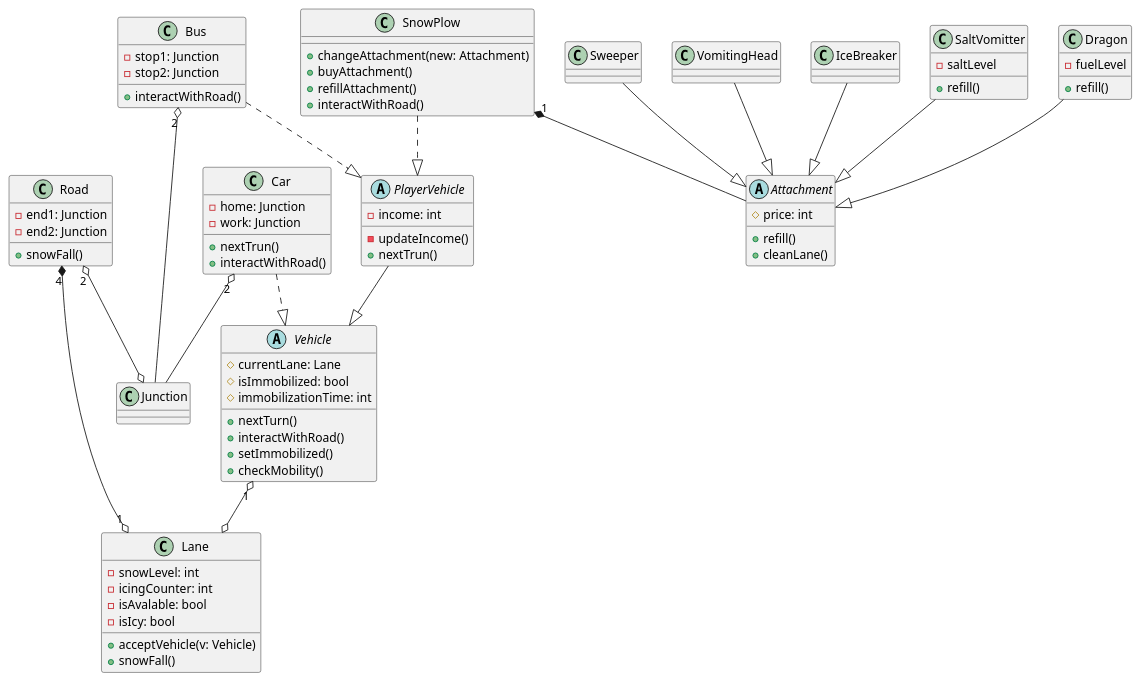
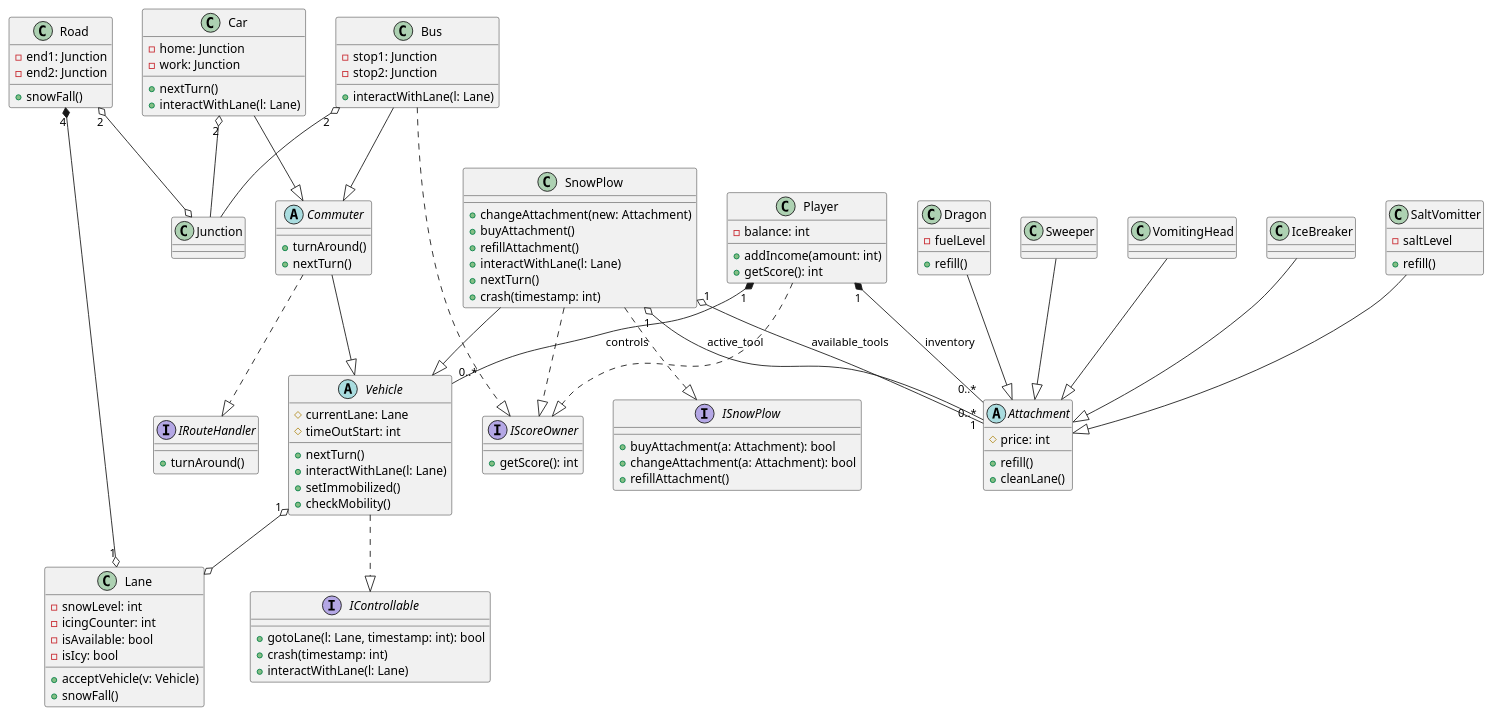
One commit to toth-andor/UneNotteANapoli changed the diagram in docs/04/diagrams/class-diagram.puml. Above: the diagram before and after it, drawn with PlantUML. The commit also changed other lines of this file, not shown here.

Commit message:
Nézz rá Bandi ha valami nem tetszik mond

```diff
--- a/docs/04/diagrams/class-diagram.puml
+++ b/docs/04/diagrams/class-diagram.puml
@@ -1,108 +1,108 @@
 @startuml class-diagram
-
-
 abstract Vehicle {
   # currentLane: Lane
-  # isImmobilized: bool
-  # immobilizationTime: int
-
+  # timeOutStart: int
   + nextTurn()
-  + interactWithRoad()
+  + interactWithLane(l: Lane)
   + setImmobilized()
   + checkMobility()
 }
-
-abstract PlayerVehicle {
-    - income: int
-    - updateIncome()
-    + nextTrun()
-}
-
 class Bus {
   - stop1: Junction
   - stop2: Junction
-  + interactWithRoad()
+  + interactWithLane(l: Lane)
 }
-
 class SnowPlow {
   + changeAttachment(new: Attachment)
   + buyAttachment()
   + refillAttachment()
-  + interactWithRoad()
+  + interactWithLane(l: Lane)
+  + nextTurn()
+  + crash(timestamp: int)
 }
-
 class Car {
   - home: Junction
   - work: Junction
-  + nextTrun()
-  + interactWithRoad()
+  + nextTurn()
+  + interactWithLane(l: Lane)
 }
-
 abstract Attachment {
   # price: int
-
   + refill()
   + cleanLane()
-  
 }
-
 class Dragon {
   - fuelLevel
   + refill()
 }
 class Sweeper
 class VomitingHead
 class IceBreaker
 class SaltVomitter {
   - saltLevel
   + refill()
 }
-
-
 class Road {
   - end1: Junction
   - end2: Junction
   + snowFall()
 }
-
 class Lane {
   - snowLevel: int
   - icingCounter: int
-  - isAvalable: bool
+  - isAvailable: bool
   - isIcy: bool
   + acceptVehicle(v: Vehicle)
   + snowFall()
-  
 }
-
 class Junction
-
-
-Road "4"*--o "1" Lane 
-
-
-
-PlayerVehicle --|> Vehicle
-Bus ..|> PlayerVehicle 
-SnowPlow ..|> PlayerVehicle
-Car ..|> Vehicle
-
+class Player {
+  - balance: int
+  + addIncome(amount: int)
+  + getScore(): int
+}
+abstract class Commuter {
+  + turnAround()
+  + nextTurn()
+}
+interface IControllable {
+  + gotoLane(l: Lane, timestamp: int): bool
+  + crash(timestamp: int)
+  + interactWithLane(l: Lane)
+}
+interface ISnowPlow {
+  + buyAttachment(a: Attachment): bool
+  + changeAttachment(a: Attachment): bool
+  + refillAttachment()
+}
+interface IRouteHandler {
+  + turnAround()
+}
+interface IScoreOwner {
+  + getScore(): int
+}
+Road "4"*--o "1" Lane
 Dragon --|> Attachment
 Sweeper --|> Attachment
 VomitingHead --|> Attachment
 IceBreaker --|> Attachment
 SaltVomitter --|> Attachment
-
-SnowPlow "1"*-- Attachment
-
-
 Road "2" o--o Junction
-
 Vehicle "1" o--o Lane
-
 Bus "2" o-- Junction
 Car "2" o-- Junction
-
-
-
+Vehicle ..|> IControllable
+SnowPlow --|> Vehicle
+SnowPlow ..|> ISnowPlow
+SnowPlow ..|> IScoreOwner
+Commuter --|> Vehicle
+Commuter ..|> IRouteHandler
+Bus --|> Commuter
+Bus ..|> IScoreOwner
+Car --|> Commuter
+Player ..|> IScoreOwner
+Player "1" *-- "0..*" Vehicle : controls
+Player "1" *-- "0..*" Attachment : inventory
+SnowPlow "1" o-- "0..*" Attachment : available_tools
+SnowPlow "1" o-- "1" Attachment : active_tool
 @enduml
```
